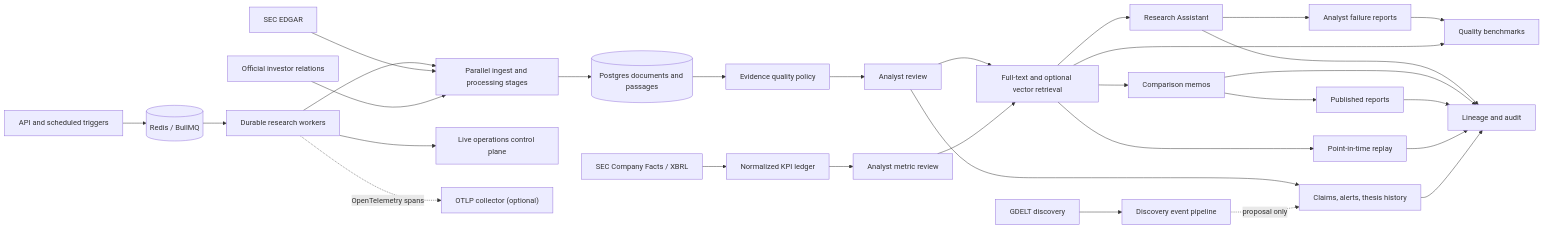
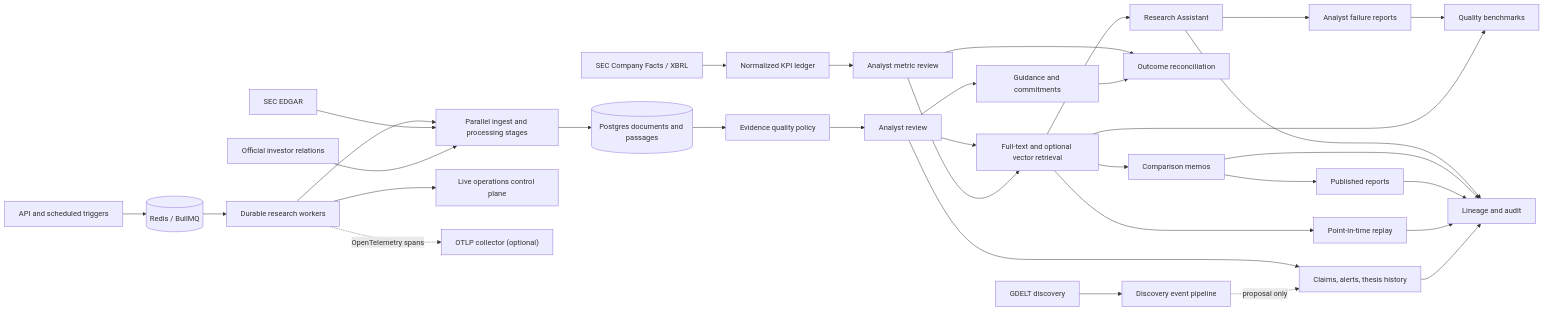
Before and after one commit to timwong101/ai-infra-terminal: the first of 2 diagrams in README.md, drawn with Mermaid. The commit also changed other lines of this file and 21 other files, not shown here.

````diff
--- a/README.md
+++ b/README.md
@@ -65,36 +68,39 @@
 ```mermaid
 flowchart LR
     SCHEDULE["API and scheduled triggers"] --> REDIS[("Redis / BullMQ")]
     REDIS --> WORKER["Durable research workers"]
     WORKER --> INGEST["Parallel ingest and processing stages"]
     SEC["SEC EDGAR"] --> INGEST
     XBRL["SEC Company Facts / XBRL"] --> METRICS["Normalized KPI ledger"]
     IR["Official investor relations"] --> INGEST
     GDELT["GDELT discovery"] --> EVENTS["Discovery event pipeline"]
 
     INGEST --> DOCS[("Postgres documents and passages")]
     DOCS --> QUALITY["Evidence quality policy"]
     QUALITY --> REVIEW["Analyst review"]
     REVIEW --> SEARCH["Full-text and optional vector retrieval"]
     METRICS --> METRIC_REVIEW["Analyst metric review"]
     METRIC_REVIEW --> SEARCH
+    REVIEW --> COMMITMENTS["Guidance and commitments"]
+    METRIC_REVIEW --> OUTCOMES["Outcome reconciliation"]
+    COMMITMENTS --> OUTCOMES
 
     SEARCH --> ASK["Research Assistant"]
     ASK --> FEEDBACK["Analyst failure reports"]
     FEEDBACK --> BENCH
     SEARCH --> MEMO["Comparison memos"]
     MEMO --> REPORT["Published reports"]
     SEARCH --> BENCH["Quality benchmarks"]
     SEARCH --> REPLAY["Point-in-time replay"]
 
     REVIEW --> THESES["Claims, alerts, thesis history"]
     EVENTS -. "proposal only" .-> THESES
 
     ASK --> LINEAGE["Lineage and audit"]
     MEMO --> LINEAGE
     REPORT --> LINEAGE
     REPLAY --> LINEAGE
     THESES --> LINEAGE
     WORKER --> OPS["Live operations control plane"]
     WORKER -. "OpenTelemetry spans" .-> OTEL["OTLP collector (optional)"]
 ```
````
